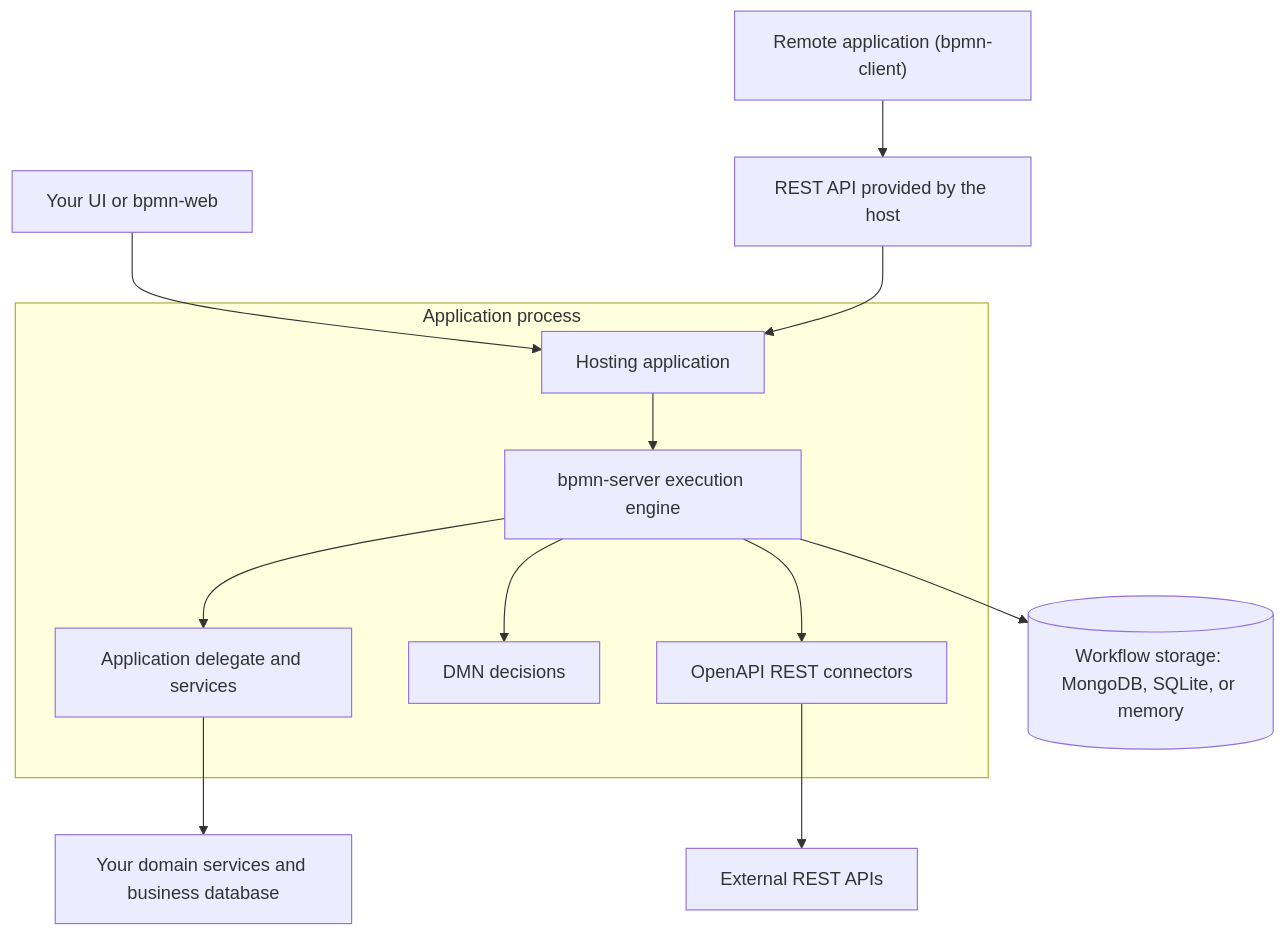
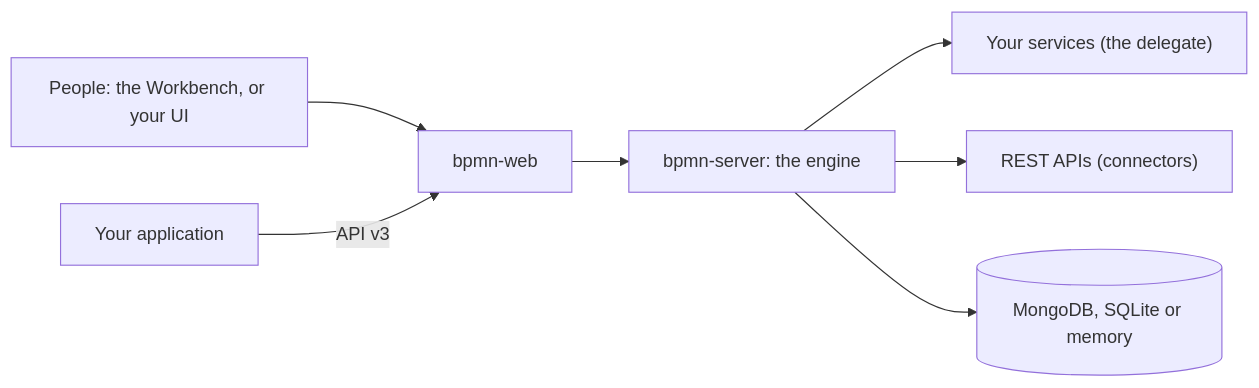
The diagram in docs/docs/index.md (bpmnServer/bpmn-server), drawn with Mermaid before and after one commit. The commit also changed other lines of this file and 24 other files, not shown here.

````diff
--- a/docs/docs/index.md
+++ b/docs/docs/index.md
@@ -38,15 +39,9 @@
 ```mermaid
-flowchart TB
-    Browser["Your UI or bpmn-web"] --> Host["Hosting application"]
-    Remote["Remote application (bpmn-client)"] --> API["REST API provided by the host"]
-    API --> Host
-    subgraph HostApp["Application process"]
-      Host --> Engine["bpmn-server execution engine"]
-      Engine --> Delegate["Application delegate and services"]
-      Engine --> DMN["DMN decisions"]
-      Engine --> Connectors["OpenAPI REST connectors"]
-    end
-    Delegate --> Business["Your domain services and business database"]
-    Connectors --> External["External REST APIs"]
-    Engine --> Store[("Workflow storage: MongoDB, SQLite, or memory")]
+flowchart LR
+    People["People: the Workbench, or your UI"] --> Web["bpmn-web"]
+    App["Your application"] -->|API v3| Web
+    Web --> Engine["bpmn-server: the engine"]
+    Engine --> Services["Your services (the delegate)"]
+    Engine --> Connectors["REST APIs (connectors)"]
+    Engine --> Store[("MongoDB, SQLite or memory")]
 ```
````
